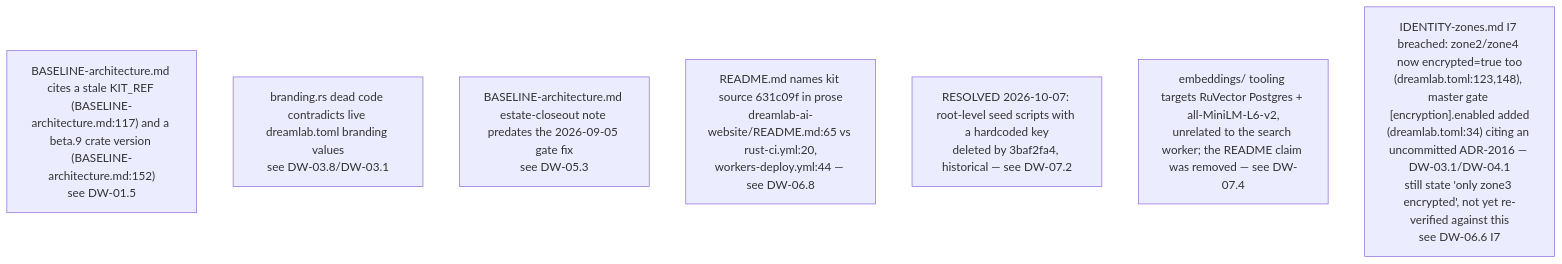
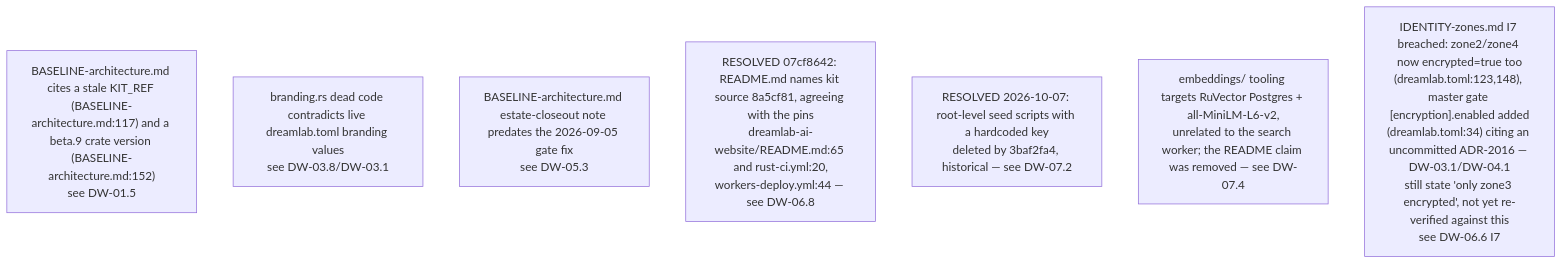
The sixth of 7 diagrams in docs/diagrams/dreamlab-ai-website/06-content-pipeline-and-invariants-register.md (DreamLab-AI/VisionFlow), drawn with Mermaid before and after one commit. The commit also changed other lines of this file and 145 other files, not shown here.

````diff
--- a/docs/diagrams/dreamlab-ai-website/06-content-pipeline-and-invariants-register.md
+++ b/docs/diagrams/dreamlab-ai-website/06-content-pipeline-and-invariants-register.md
@@ -122,10 +122,10 @@
 ```mermaid
 flowchart TB
     D9["BASELINE-architecture.md cites a stale KIT_REF (BASELINE-architecture.md:117) and a beta.9 crate version (BASELINE-architecture.md:152)<br/>see DW-01.5"]
     D10["branding.rs dead code contradicts live dreamlab.toml branding values<br/>see DW-03.8/DW-03.1"]
     D11["BASELINE-architecture.md estate-closeout note predates the 2026-09-05 gate fix<br/>see DW-05.3"]
-    D12["README.md names kit source 631c09f in prose<br/>dreamlab-ai-website/README.md:65 vs rust-ci.yml:20,<br/>workers-deploy.yml:44 — see DW-06.8"]
+    D12["RESOLVED 07cf8642: README.md names kit source 8a5cf81, agreeing with the pins<br/>dreamlab-ai-website/README.md:65 and rust-ci.yml:20,<br/>workers-deploy.yml:44 — see DW-06.8"]
     D13["RESOLVED 2026-10-07: root-level seed scripts with a hardcoded key<br/>deleted by 3baf2fa4, historical — see DW-07.2"]
     D14["embeddings/ tooling targets RuVector Postgres + all-MiniLM-L6-v2,<br/>unrelated to the search worker; the README claim was removed — see DW-07.4"]
     D15["IDENTITY-zones.md I7 breached: zone2/zone4 now encrypted=true too<br/>(dreamlab.toml:123,148), master gate [encryption].enabled added<br/>(dreamlab.toml:34) citing an uncommitted ADR-2016 — DW-03.1/DW-04.1<br/>still state 'only zone3 encrypted', not yet re-verified against this<br/>see DW-06.6 I7"]
 ```
````
